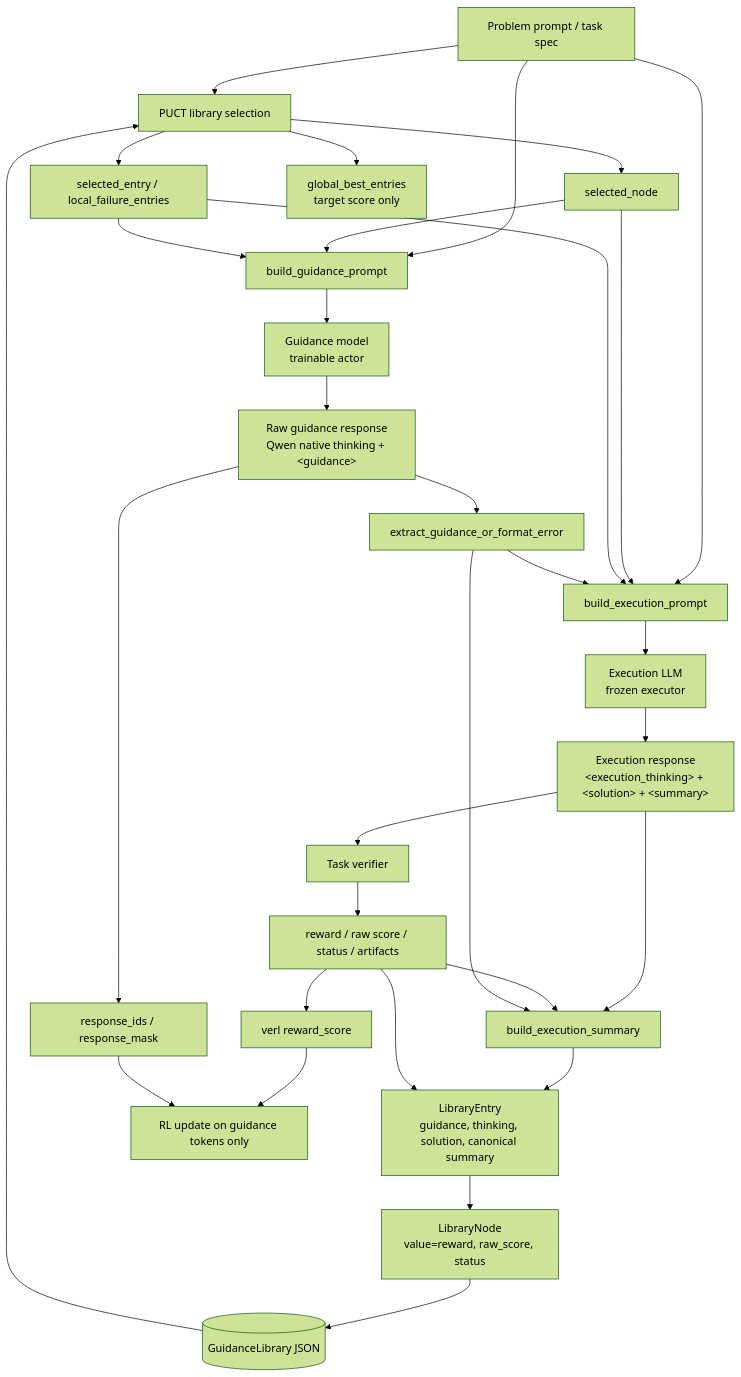
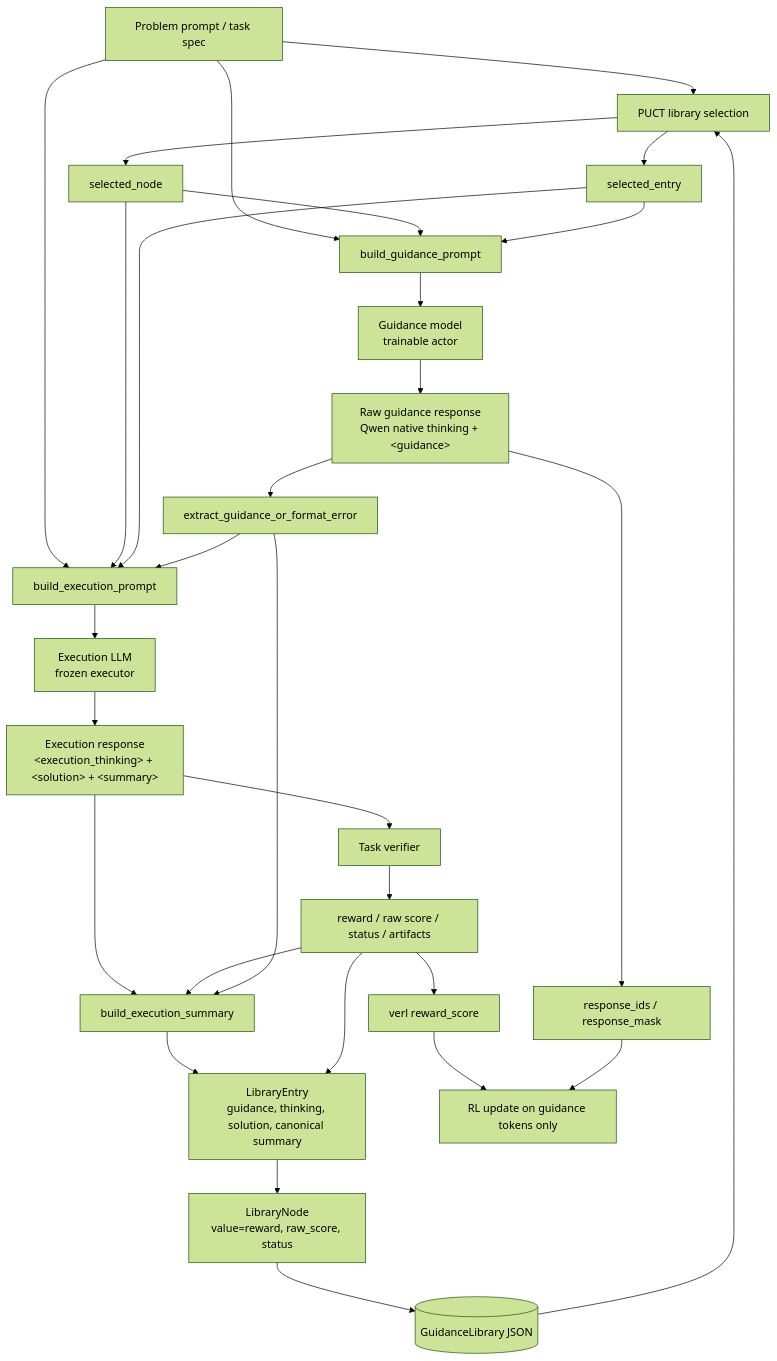
The diagram in docs/guidance_ttt_prompts.md (Chonghe-Jiang/open-ttt-verl), drawn with Mermaid (forest theme) before and after one commit. The commit also changed other lines of this file and 21 other files, not shown here.

````diff
--- a/docs/guidance_ttt_prompts.md
+++ b/docs/guidance_ttt_prompts.md
@@ -18,39 +18,38 @@
 ```mermaid
 flowchart TD
     A[Problem prompt / task spec] --> C[PUCT library selection]
     B[(GuidanceLibrary JSON)] --> C
 
     C --> D[selected_node]
-    C --> E[selected_entry / local_failure_entries]
-    C --> X[global_best_entries<br/>target score only]
+    C --> E[selected_entry]
 
     A --> F[build_guidance_prompt]
     D --> F
     E --> F
     F --> G[Guidance model<br/>trainable actor]
     G --> H[Raw guidance response<br/>Qwen native thinking + &lt;guidance&gt;]
     H --> I[extract_guidance_or_format_error]
 
     A --> J[build_execution_prompt]
     D --> J
     E --> J
     I --> J
     J --> K[Execution LLM<br/>frozen executor]
     K --> L[Execution response<br/>&lt;execution_thinking&gt; + &lt;solution&gt; + &lt;summary&gt;]
 
     L --> M[Task verifier]
     M --> N[reward / raw score / status / artifacts]
     L --> O[build_execution_summary]
     N --> O
     I --> O
 
     O --> P[LibraryEntry<br/>guidance, thinking, solution, canonical summary]
     N --> P
     P --> Q[LibraryNode<br/>value=reward, raw_score, status]
     Q --> B
 
     N --> R[verl reward_score]
     H --> S[response_ids / response_mask]
     R --> T[RL update on guidance tokens only]
     S --> T
 ```
````
